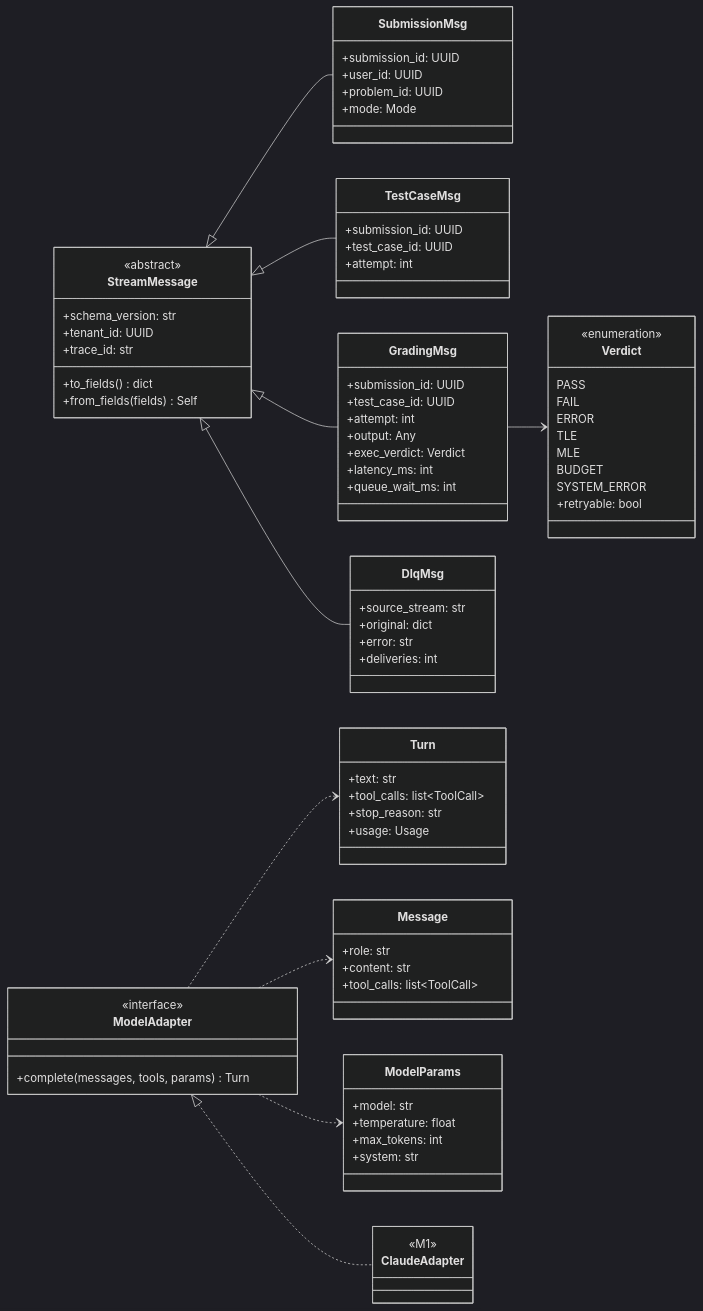
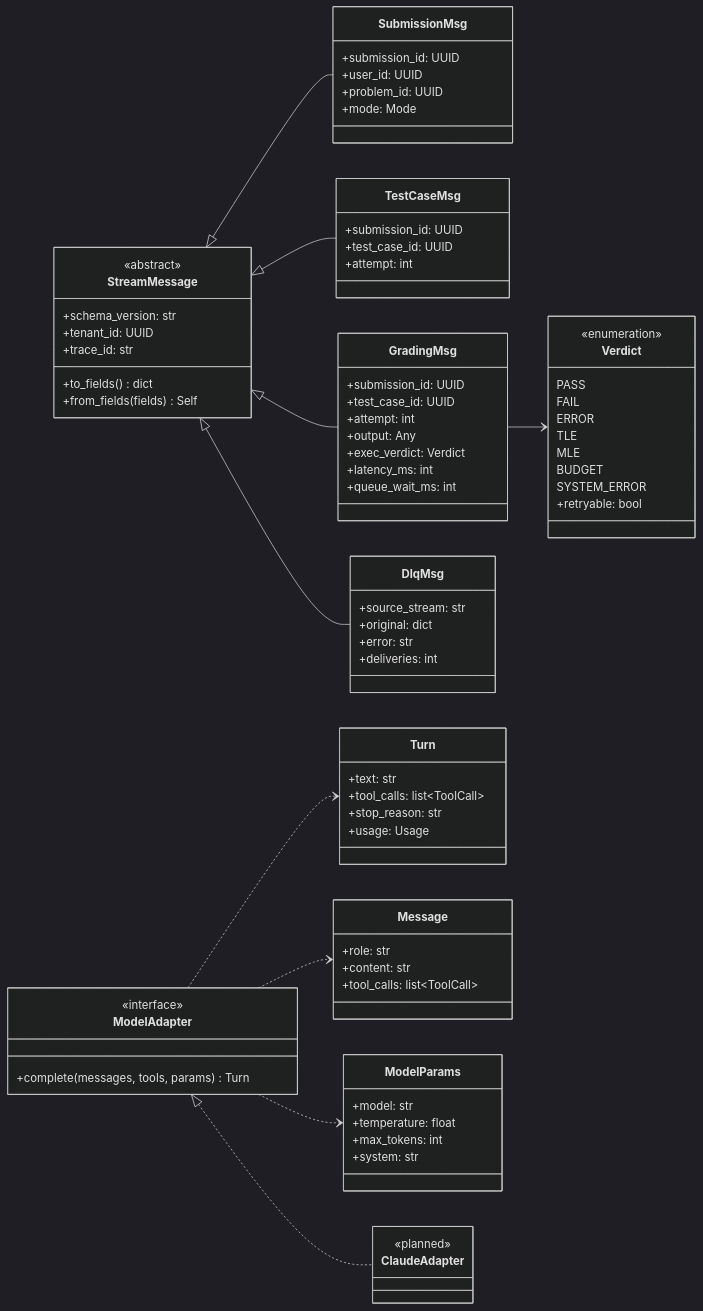
One commit to priyanshu14077/orqen changed the tenth of 10 diagrams in README.md. Above: the diagram before and after it, drawn with Mermaid (dark theme). The commit also changed other lines of this file, not shown here.

Commit message:
Mark unbuilt parts as planned in the code structure section

```diff
--- a/README.md
+++ b/README.md
@@ -533,7 +533,7 @@
         +system: str
     }
     class ClaudeAdapter {
-        <<M1>>
+        <<planned>>
     }
     ModelAdapter <|.. ClaudeAdapter
     ModelAdapter ..> Message
```
